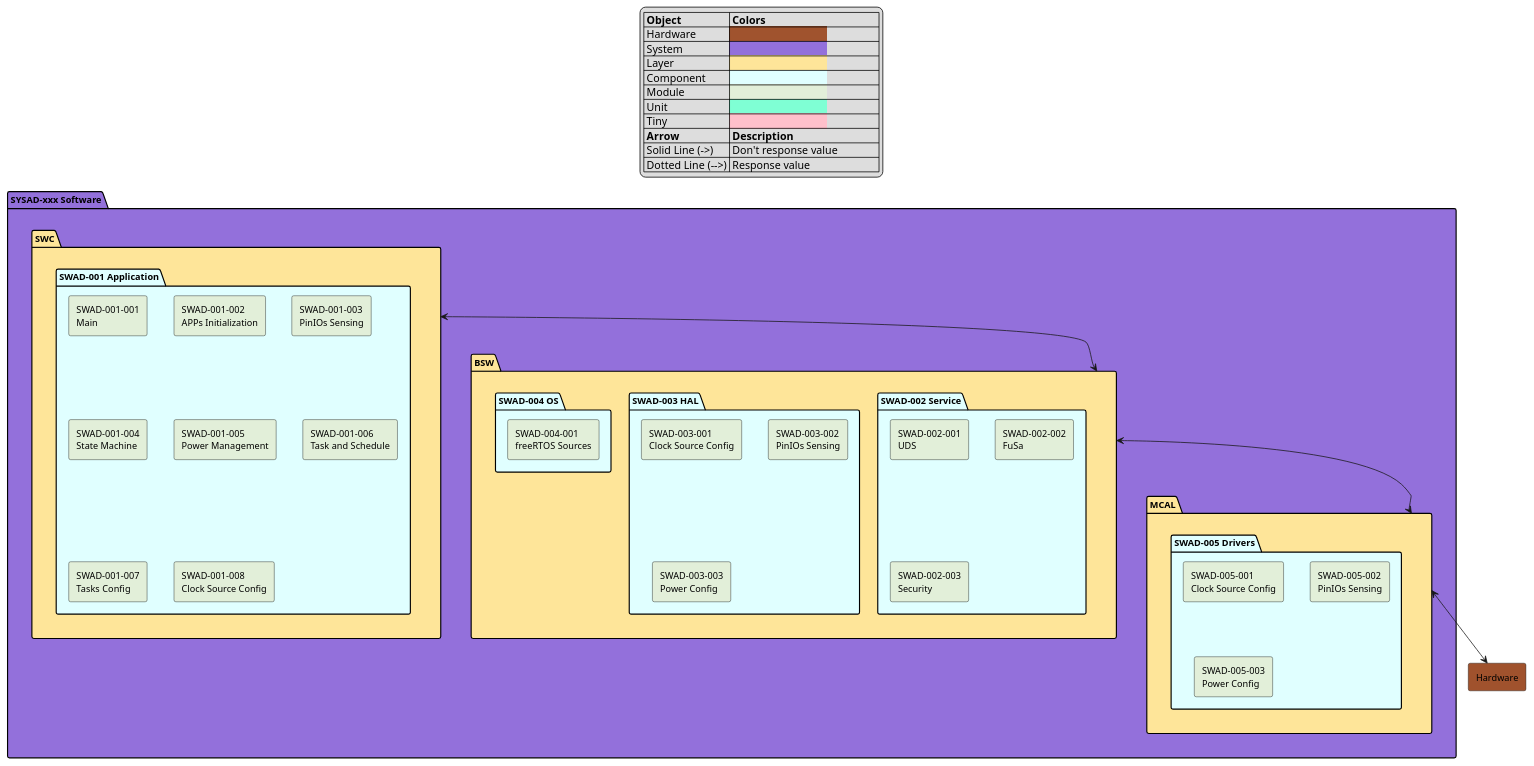
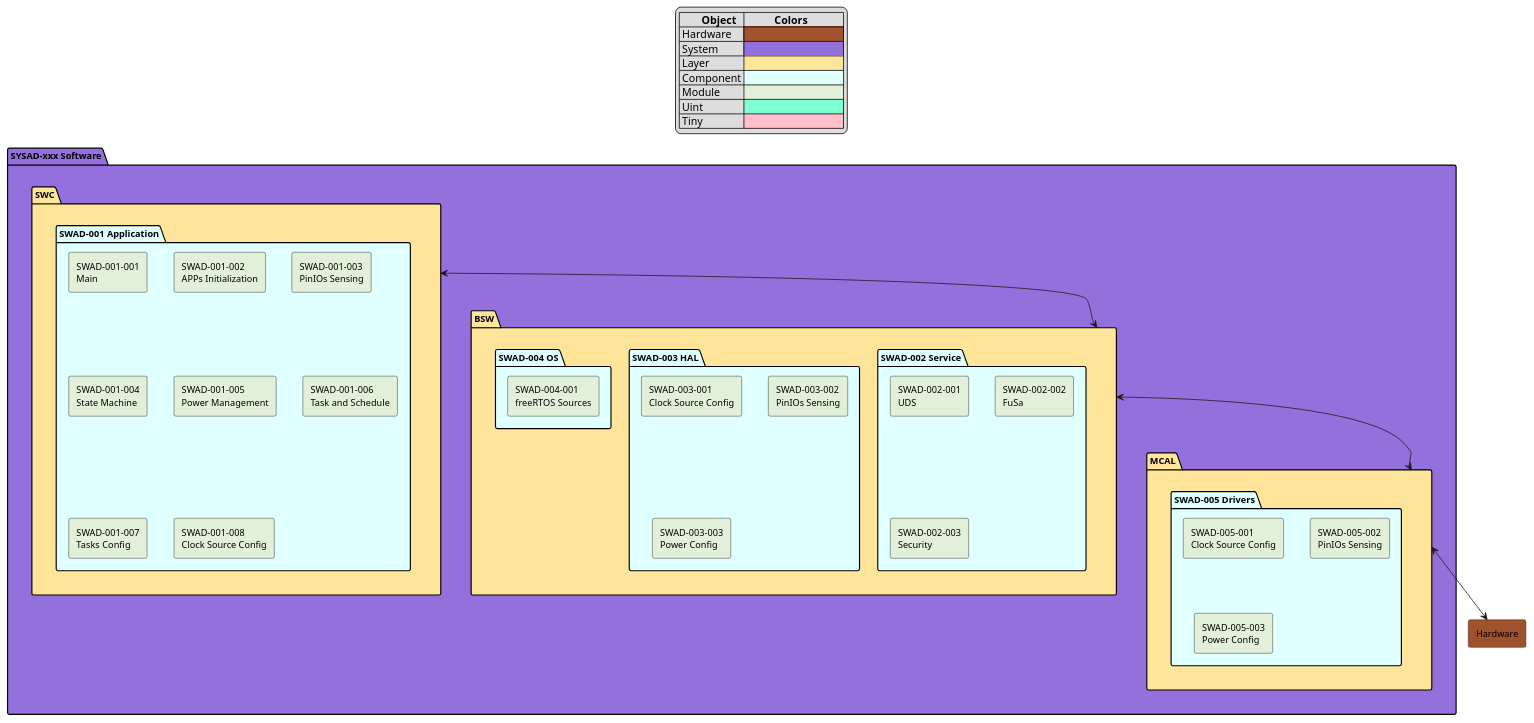
Before and after one commit to FdsLu/StaticSwArch: the diagram in Static_Sw_Arch.plantuml, drawn with PlantUML. The commit also changed 1 other file, not shown here.

Commit message:
[Modify] Colors Name to Hex Code [Modify] 1. All colors are changed to HEX code.

```diff
--- a/Static_Sw_Arch.plantuml
+++ b/Static_Sw_Arch.plantuml
@@ -1,74 +1,70 @@
 @startuml
 '----- Table Description ----
 'Object Colors Setting
 skinparam defaultFontName Arial
 skinparam defaultFontSize 12
 
 skinparam rectangle {
     BackgroundColor #87CEFA
     BorderColor #000000
 }
 
 legend top
-|= Object    |= Colors                                         |
-| Hardware   |<back:#A0522D>                                   |
-| System     |<back:#9370DB>                                   |
-| Layer      |<back:#FEE599>                                   |
-| Component  |<back:#E0FFFF>                                   |
-| Module     |<back:#E2EFD9>                                   |
-| Unit       |<back:#7FFFD4>                                   |
-| Tiny       |<back:#FFC0CB>                                   |
-'Arrow Function
-|= Arrow          |= Description        |
-| Solid Line (->)  | Don't response value |
-| Dotted Line (-->) | Response value      |
+|=        Object  |=           Colors  |
+| Hardware  |<back:#A0522D>                                    |
+| System  |<back:#9370DB>                                    |
+| Layer  |<back:#FEE599>                                    |
+| Component |<back:#E0FFFF>                                    |
+| Module |<back:#E2EFD9>                                    |
+| Uint |<back:#7FFFD4>                                    |
+| Tiny |<back:#FFC0CB>                                    |
 endlegend
 
 package "SYSAD-xxx Software" #9370DB {
     package "SWC" #FEE599 {
         package "SWAD-001 Application" #E0FFFF {
             rectangle "SWAD-001-001\nMain" as Main #E2EFD9
             rectangle "SWAD-001-002\nAPPs Initialization" as AppsInit #E2EFD9
             rectangle "SWAD-001-003\nPinIOs Sensing" as PinIOSensing #E2EFD9
             rectangle "SWAD-001-004\nState Machine" as StateMachine #E2EFD9
             rectangle "SWAD-001-005\nPower Management" as PowerManagement #E2EFD9
             rectangle "SWAD-001-006\nTask and Schedule" as TaskSchedule #E2EFD9
             rectangle "SWAD-001-007\nTasks Config" as TasksConfig #E2EFD9
             rectangle "SWAD-001-008\nClock Source Config" as ClockSourceConfig #E2EFD9
         }
     }
 
     package "BSW" #FEE599 {
         package "SWAD-002 Service" as Service #E0FFFF {
             rectangle "SWAD-002-001\nUDS" as UDS #E2EFD9
             rectangle "SWAD-002-002\nFuSa" as FuSa #E2EFD9
             rectangle "SWAD-002-003\nSecurity" as Security #E2EFD9
         }
 
         package "SWAD-003 HAL" as HAL #E0FFFF {
             rectangle "SWAD-003-001\nClock Source Config" as HAL_ClockSourceConfig #E2EFD9
             rectangle "SWAD-003-002\nPinIOs Sensing" as HAL_PinIOSensing #E2EFD9
             rectangle "SWAD-003-003\nPower Config" as HAL_PowerConfig #E2EFD9
         }
 
         package "SWAD-004 OS" as OS #E0FFFF {
             rectangle "SWAD-004-001\nfreeRTOS Sources" as freeRTOS #E2EFD9
         }
     }
 
     package "MCAL" #FEE599 {
         package "SWAD-005 Drivers" as Drivers #E0FFFF {
             rectangle "SWAD-005-001\nClock Source Config" as MCAL_ClockSourceConfig #E2EFD9
             rectangle "SWAD-005-002\nPinIOs Sensing" as MCAL_PinIOSensing #E2EFD9
             rectangle "SWAD-005-003\nPower Config" as MCAL_PowerConfig #E2EFD9
         }
     }
 }
 
 rectangle "Hardware" as Hardware #A0522D
 
 SWC <--> BSW
 BSW <--> MCAL
 MCAL <--> Hardware
 
 @enduml
```
